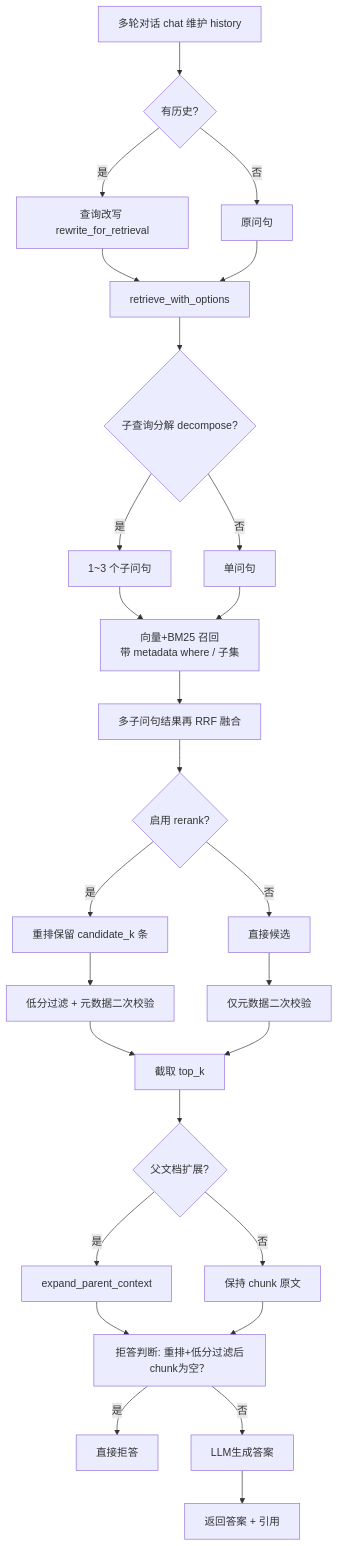
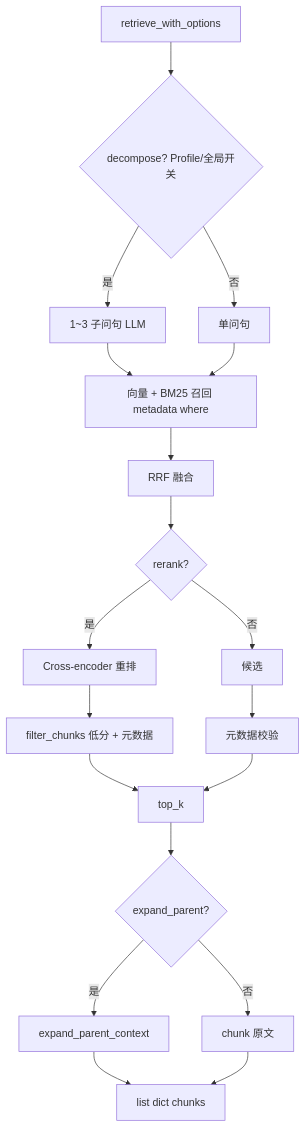
One commit to Issho-lin/rag-knowledge-assistant changed the second of 2 diagrams in docs/query-pipeline.md. Above: the diagram before and after it, drawn with Mermaid. The commit also changed other lines of this file and 77 other files, not shown here.

````diff
--- a/docs/query-pipeline.md
+++ b/docs/query-pipeline.md
@@ -8,29 +36,21 @@
 ```mermaid
 flowchart TD
-    A[多轮对话 chat 维护 history] --> B{有历史?}
-    B -->|是| C[查询改写 rewrite_for_retrieval]
-    B -->|否| D[原问句]
-    C --> E[retrieve_with_options]
-    D --> E
-    E --> F{子查询分解 decompose?}
-    F -->|是| G[1~3 个子问句]
+    E[retrieve_with_options] --> F{decompose? Profile/全局开关}
+    F -->|是| G[1~3 子问句 LLM]
     F -->|否| H[单问句]
-    G --> I[向量+BM25 召回<br/>带 metadata where / 子集]
+    G --> I[向量 + BM25 召回 metadata where]
     H --> I
-    I --> J[多子问句结果再 RRF 融合]
-    J --> K{启用 rerank?}
-    K -->|是| L[重排保留 candidate_k 条]
-    K -->|否| M[直接候选]
-    L --> N[低分过滤 + 元数据二次校验]
-    M --> O[仅元数据二次校验]
-    N --> P[截取 top_k]
+    I --> J[RRF 融合]
+    J --> K{rerank?}
+    K -->|是| L[Cross-encoder 重排]
+    K -->|否| M[候选]
+    L --> N[filter_chunks 低分 + 元数据]
+    M --> O[元数据校验]
+    N --> P[top_k]
     O --> P
-    P --> Q{父文档扩展?}
+    P --> Q{expand_parent?}
     Q -->|是| R[expand_parent_context]
-    Q -->|否| S[保持 chunk 原文]
-    R --> T[拒答判断: 重排+低分过滤后chunk为空？]
+    Q -->|否| S[chunk 原文]
+    R --> T[list dict chunks]
     S --> T
-    T -->|是| U[直接拒答]
-    T -->|否| V[LLM生成答案]
-    V --> W[返回答案 + 引用]
 ```
````
